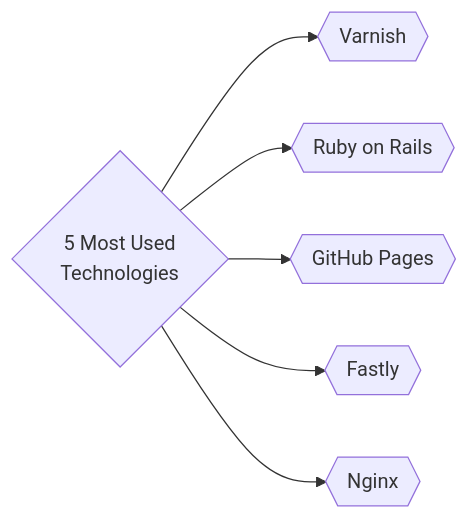
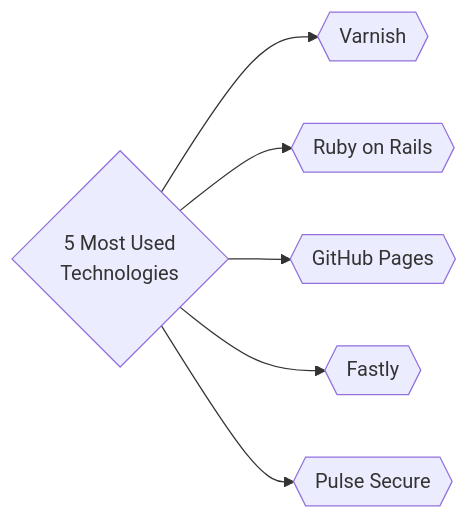
The third of 3 diagrams in README.md (trickest/inventory), drawn with Mermaid before and after one commit. The commit also changed other lines of this file, not shown here.

````diff
--- a/README.md
+++ b/README.md
@@ -185,8 +185,8 @@
 ```mermaid
 graph LR
 title{5 Most Used<br>Technologies} --> tech1{{Varnish}}
 title --> tech2{{Ruby on Rails}}
 title --> tech3{{GitHub Pages}}
 title --> tech4{{Fastly}}
-title --> tech5{{Nginx}}
+title --> tech5{{Pulse Secure}}
 ```
````
